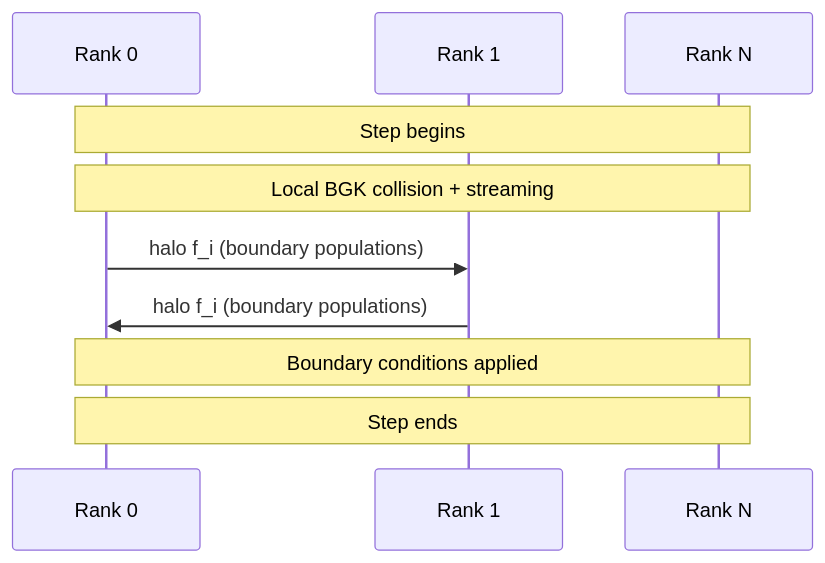
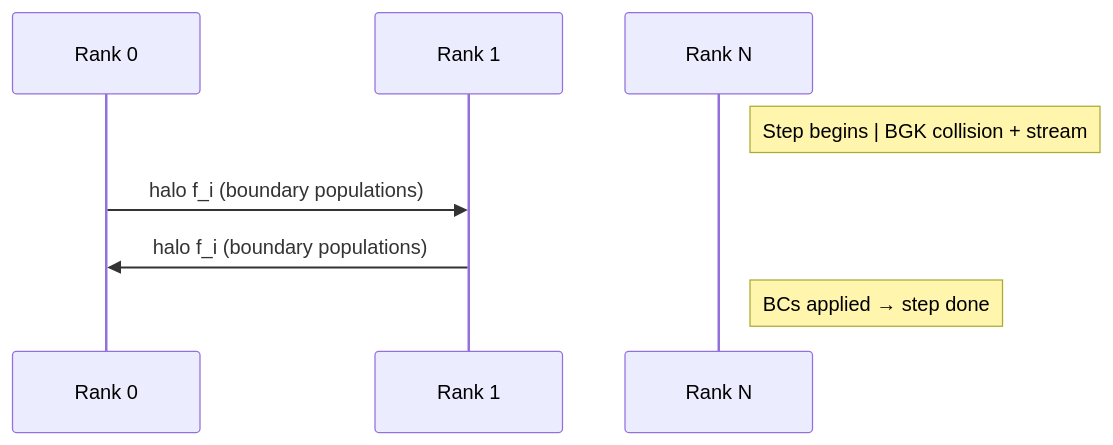
Before and after one commit to ngduchai/guard-agent: the second of 3 diagrams in tests/apps/docs/OpenLB/README.md, drawn with Mermaid. The commit also changed other lines of this file and 43 other files, not shown here.

````diff
--- a/tests/apps/docs/OpenLB/README.md
+++ b/tests/apps/docs/OpenLB/README.md
@@ -89,13 +89,11 @@
 ```mermaid
 sequenceDiagram
     participant R0 as Rank 0
     participant R1 as Rank 1
     participant RN as Rank N
 
-    Note over R0,RN: Step begins
-    Note over R0,RN: Local BGK collision + streaming
+    Note right of RN: Step begins | BGK collision + stream
     R0->>R1: halo f_i (boundary populations)
     R1->>R0: halo f_i (boundary populations)
-    Note over R0,RN: Boundary conditions applied
-    Note over R0,RN: Step ends
+    Note right of RN: BCs applied → step done
 ```
````
